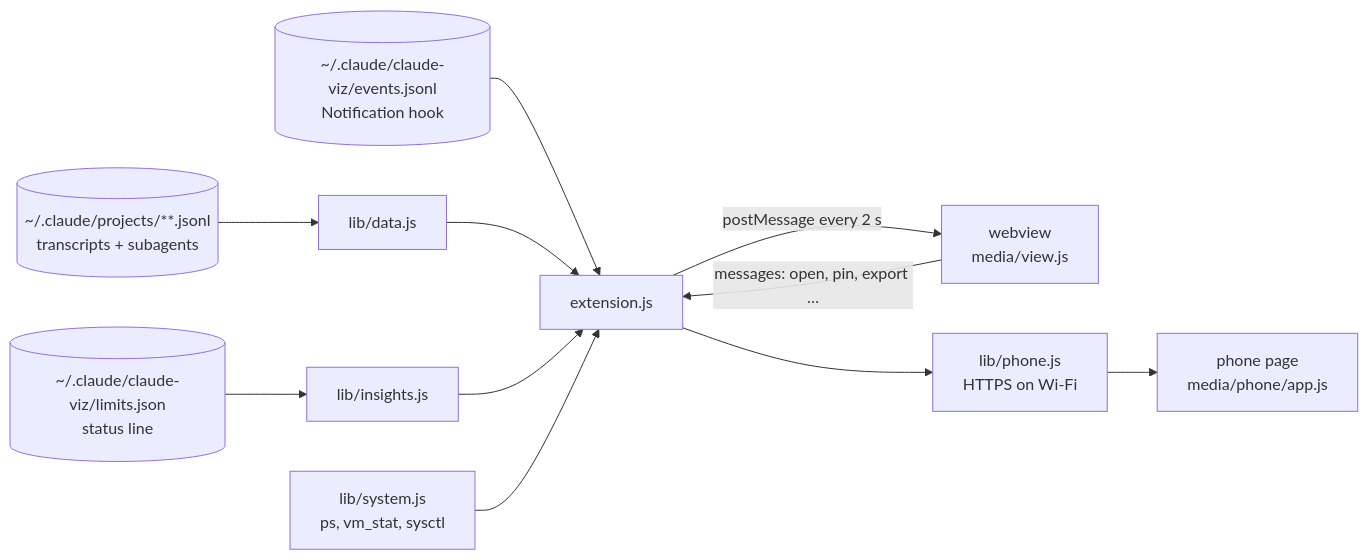
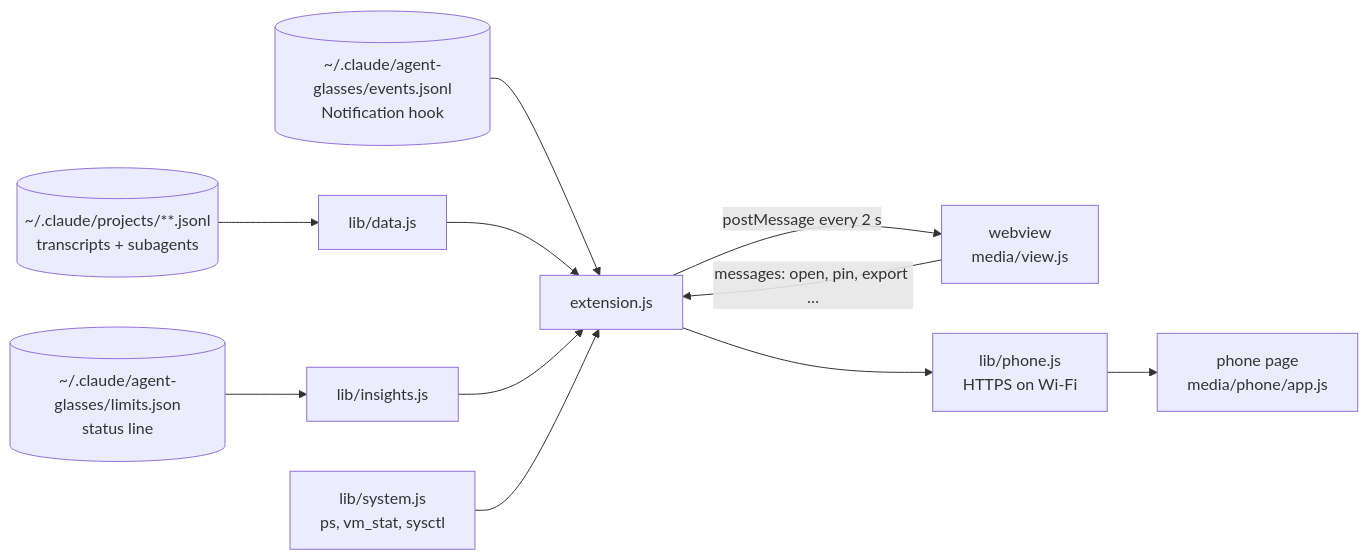
The diagram in docs/ARCHITECTURE.md (nimeus/agent-glasses), drawn with Mermaid before and after one commit. The commit also changed 14 other files, not shown here.

First line of the commit message:
Move the data folder to ~/.claude/agent-glasses (0.11.1)

````diff
--- a/docs/ARCHITECTURE.md
+++ b/docs/ARCHITECTURE.md
@@ -7,13 +7,13 @@
 ```mermaid
 flowchart LR
   T[(~/.claude/projects/**.jsonl<br/>transcripts + subagents)] --> D[lib/data.js]
-  H[(~/.claude/claude-viz/events.jsonl<br/>Notification hook)] --> E[extension.js]
-  S[(~/.claude/claude-viz/limits.json<br/>status line)] --> I[lib/insights.js]
+  H[(~/.claude/agent-glasses/events.jsonl<br/>Notification hook)] --> E[extension.js]
+  S[(~/.claude/agent-glasses/limits.json<br/>status line)] --> I[lib/insights.js]
   D --> E
   I --> E
   Y[lib/system.js<br/>ps, vm_stat, sysctl] --> E
   E -- postMessage every 2 s --> W[webview<br/>media/view.js]
   W -- messages: open, pin, export … --> E
   E --> P[lib/phone.js<br/>HTTPS on Wi-Fi]
   P --> M[phone page<br/>media/phone/app.js]
 ```
````
